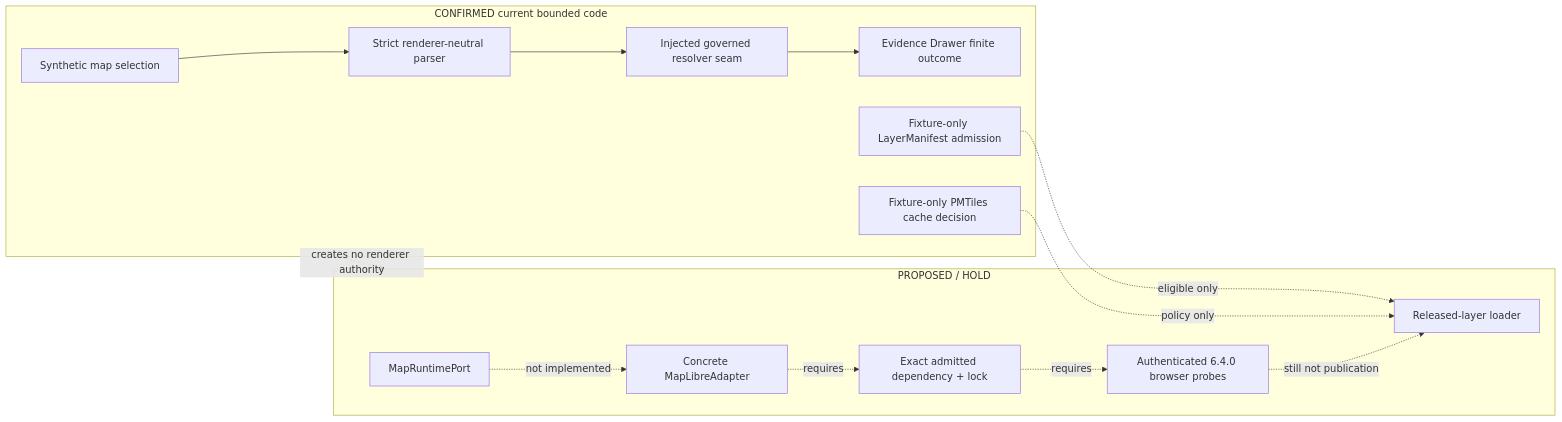
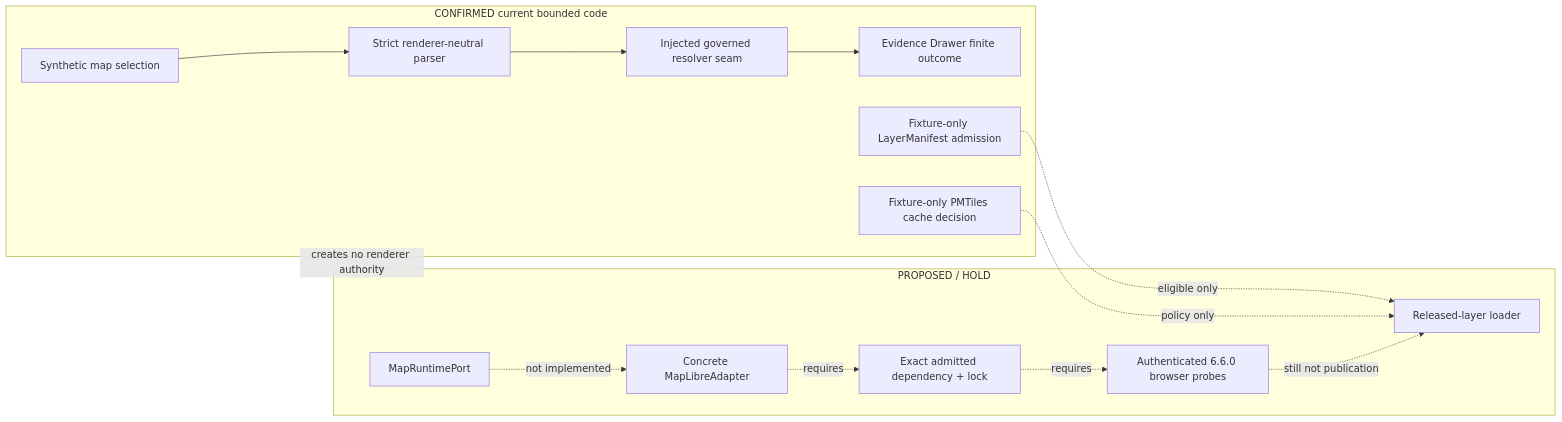
One commit to bartytime4life/Kansas-Frontier-Matrix changed the first of 2 diagrams in docs/architecture/map-master/RENDERER_BOUNDARY.md. Above: the diagram before and after it, drawn with Mermaid. The commit also changed other lines of this file and 10 other files, not shown here.

````diff
--- a/docs/architecture/map-master/RENDERER_BOUNDARY.md
+++ b/docs/architecture/map-master/RENDERER_BOUNDARY.md
@@ -233,29 +233,29 @@
 ```mermaid
 flowchart LR
   subgraph Current["CONFIRMED current bounded code"]
     S["Synthetic map selection"]
     P["Strict renderer-neutral parser"]
     R["Injected governed resolver seam"]
     D["Evidence Drawer finite outcome"]
     A["Fixture-only LayerManifest admission"]
     C["Fixture-only PMTiles cache decision"]
     S --> P --> R --> D
   end
 
   subgraph Held["PROPOSED / HOLD"]
     MR["MapRuntimePort"]
     MLA["Concrete MapLibreAdapter"]
     DEP["Exact admitted dependency + lock"]
-    BP["Authenticated 6.4.0 browser probes"]
+    BP["Authenticated 6.6.0 browser probes"]
     LOAD["Released-layer loader"]
   end
 
   A -. eligible only .-> LOAD
   C -. policy only .-> LOAD
   MR -. not implemented .-> MLA
   MLA -. requires .-> DEP
   DEP -. requires .-> BP
   BP -. still not publication .-> LOAD
 
   Current -. creates no renderer authority .-> Held
 ```
````
